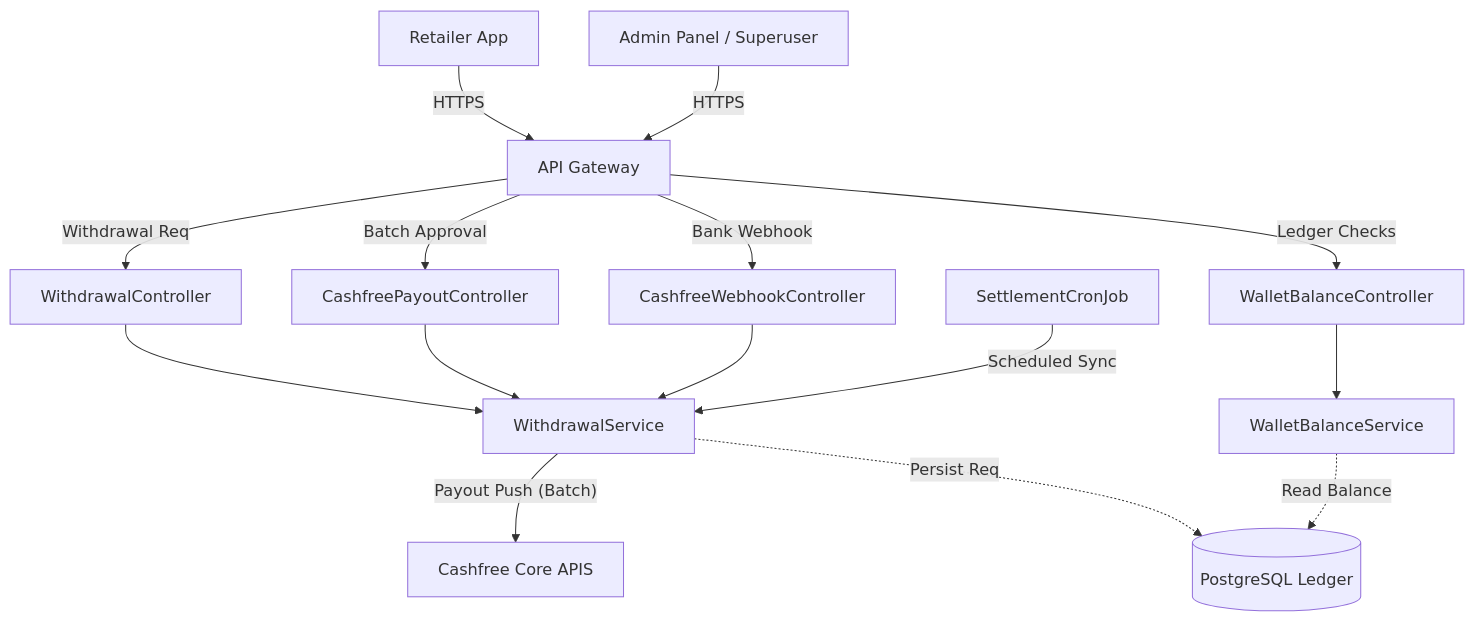
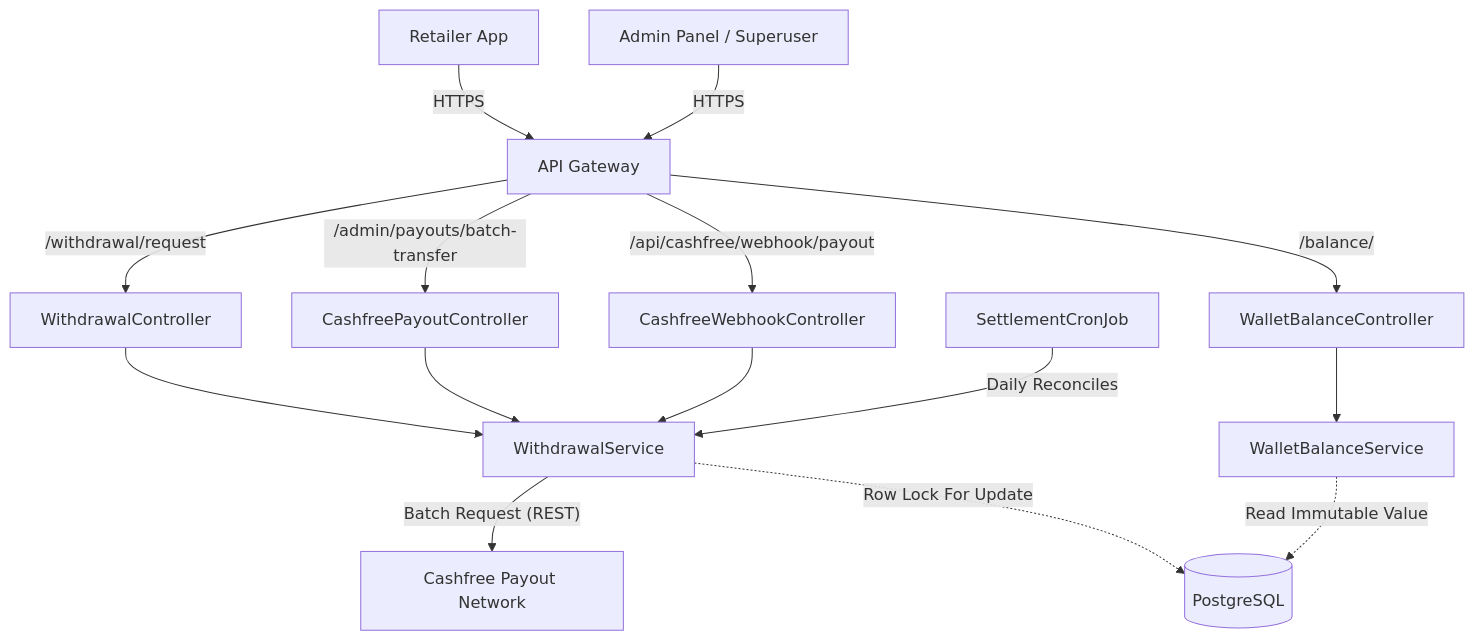
The first of 4 diagrams in README.md (Omkar7840/eco), drawn with Mermaid before and after one commit. The commit also changed other lines of this file, not shown here.

````diff
--- a/README.md
+++ b/README.md
@@ -21,22 +21,22 @@
 ```mermaid
 graph TD
     Client["Retailer App"] -->|"HTTPS"| API["API Gateway"]
     Admin["Admin Panel / Superuser"] -->|"HTTPS"| API
     
-    API -->|"Withdrawal Req"| C1["WithdrawalController"]
-    API -->|"Batch Approval"| C2["CashfreePayoutController"]
-    API -->|"Bank Webhook"| C3["CashfreeWebhookController"]
-    API -->|"Ledger Checks"| C4["WalletBalanceController"]
+    API -->|"/withdrawal/request"| C1["WithdrawalController"]
+    API -->|"/admin/payouts/batch-transfer"| C2["CashfreePayoutController"]
+    API -->|"/api/cashfree/webhook/payout"| C3["CashfreeWebhookController"]
+    API -->|"/balance/"| C4["WalletBalanceController"]
     
     C1 --> S1["WithdrawalService"]
     C2 --> S1
     C3 --> S1
     C4 --> S2["WalletBalanceService"]
     
-    S1 -->|"Payout Push (Batch)"| CF["Cashfree Core APIS"]
+    S1 -->|"Batch Request (REST)"| CF["Cashfree Payout Network"]
     
-    S1 -.->|"Persist Req"| DB[("PostgreSQL Ledger")]
-    S2 -.->|"Read Balance"| DB
+    S1 -.->|"Row Lock For Update"| DB[("PostgreSQL")]
+    S2 -.->|"Read Immutable Value"| DB
     
-    Cron["SettlementCronJob"] -->|"Scheduled Sync"| S1
+    Cron["SettlementCronJob"] -->|"Daily Reconciles"| S1
 ```
````
